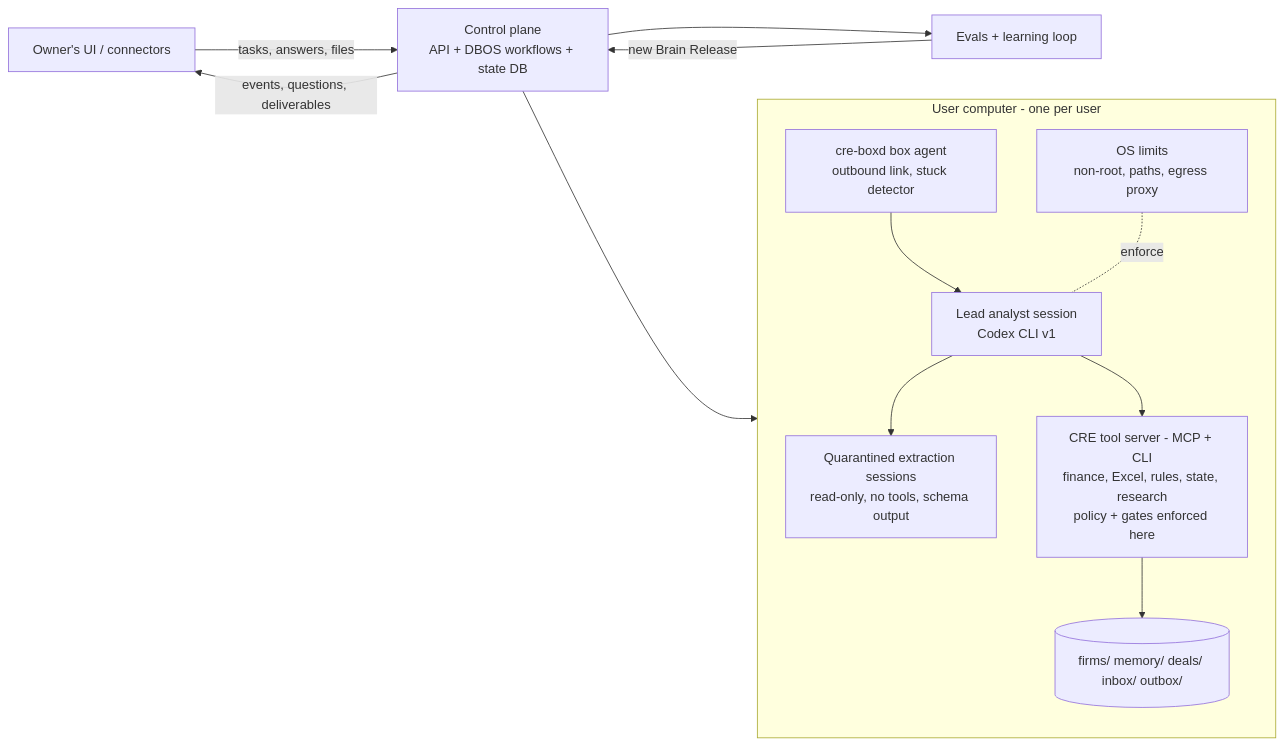
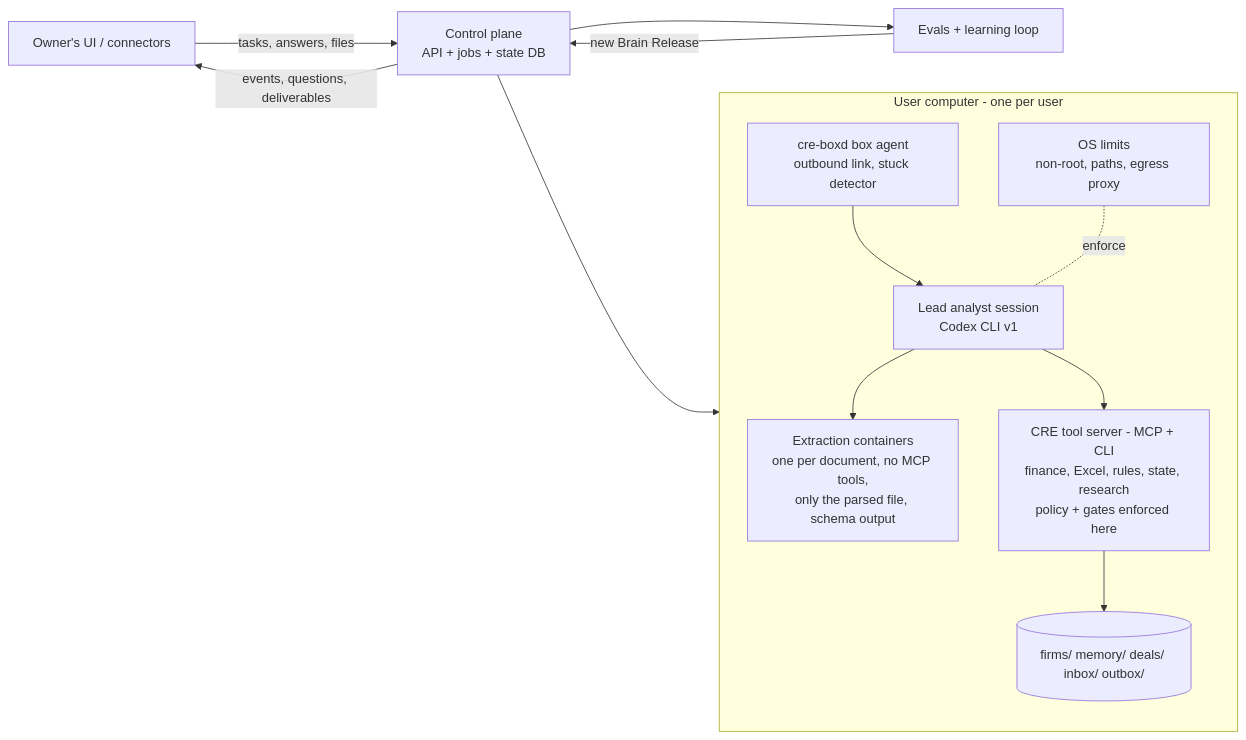
The diagram in METHOD.md (kavins06/CRE-AI-Agent), drawn with Mermaid before and after one commit. The commit also changed other lines of this file and 129 other files, not shown here.

````diff
--- a/METHOD.md
+++ b/METHOD.md
@@ -53,21 +53,21 @@
 ```mermaid
 flowchart LR
-  UI[Owner's UI / connectors] -->|tasks, answers, files| CP[Control plane<br/>API + DBOS workflows + state DB]
+  UI[Owner's UI / connectors] -->|tasks, answers, files| CP[Control plane<br/>API + jobs + state DB]
   CP -->|events, questions, deliverables| UI
   CP --> BOX
   subgraph BOX[User computer - one per user]
     BA[cre-boxd box agent<br/>outbound link, stuck detector]
     AG[Lead analyst session<br/>Codex CLI v1]
-    SUB[Quarantined extraction sessions<br/>read-only, no tools, schema output]
+    SUB[Extraction containers<br/>one per document, no MCP tools,<br/>only the parsed file, schema output]
     TOOLS[CRE tool server - MCP + CLI<br/>finance, Excel, rules, state, research<br/>policy + gates enforced here]
     HOOKS[OS limits<br/>non-root, paths, egress proxy]
     WS[(firms/ memory/ deals/ inbox/ outbox/)]
     BA --> AG
     AG --> SUB
     AG --> TOOLS
     HOOKS -. enforce .- AG
     TOOLS --> WS
   end
   CP --> EV[Evals + learning loop]
   EV -->|new Brain Release| CP
 ```
````
